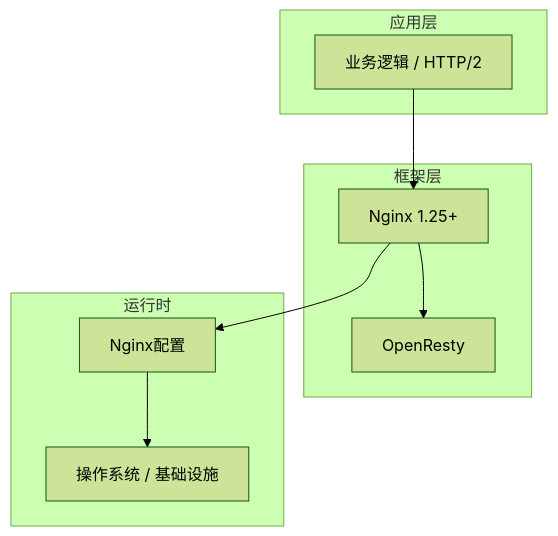
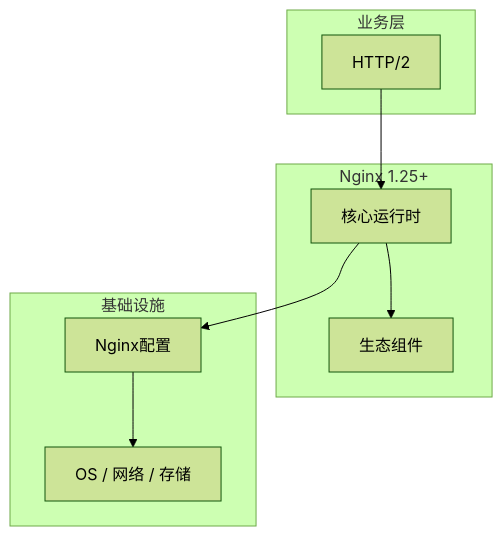
Before and after one commit to yanggan2015/knowledge-json-v2: the diagram in articles/Nginx/chapters/051-HTTP2核心概念与原理.md, drawn with Mermaid (forest theme). The commit also changed other lines of this file and 10127 other files, not shown here.

````diff
--- a/articles/Nginx/chapters/051-HTTP2核心概念与原理.md
+++ b/articles/Nginx/chapters/051-HTTP2核心概念与原理.md
@@ -45,18 +34,18 @@
 ```mermaid
 graph TB
-    subgraph 应用层
-        A[业务逻辑 / HTTP/2]
+    subgraph 业务层
+        A[HTTP/2]
     end
-    subgraph 框架层
-        B[Nginx 1.25+]
-        C[OpenResty]
+    subgraph Nginx 1.25+
+        B[核心运行时]
+        C[生态组件]
     end
-    subgraph 运行时
+    subgraph 基础设施
         D[Nginx配置]
-        E[操作系统 / 基础设施]
+        E[OS / 网络 / 存储]
     end
     A --> B
     B --> C
     B --> D
     D --> E
 ```
````
